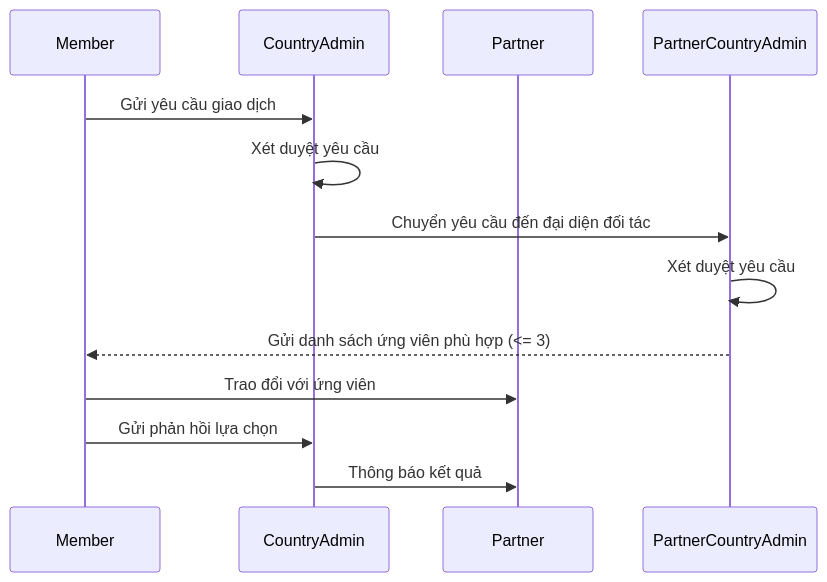
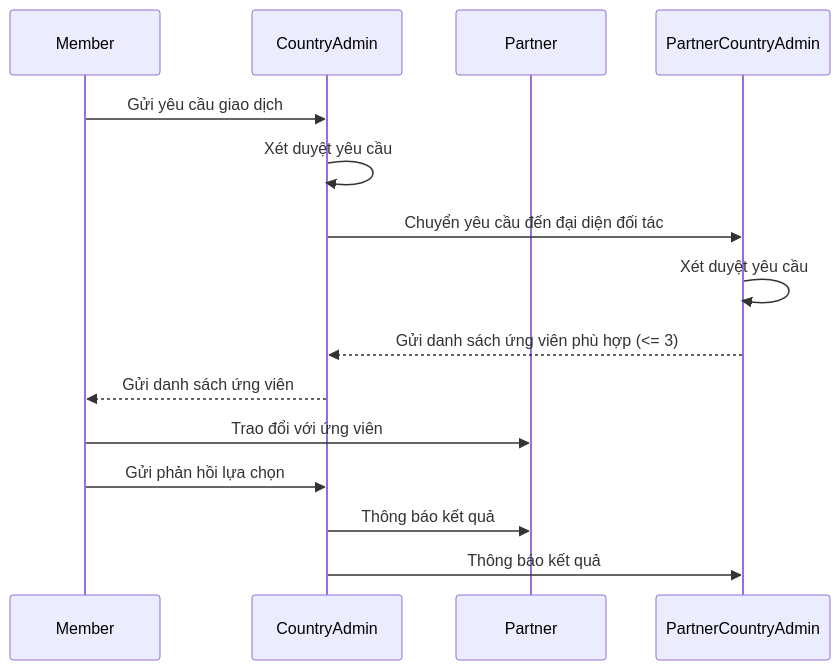
One commit to yopaz-tuanta/aloha-mermaid changed the diagram in negotiation_vn.mmd. Above: the diagram before and after it, drawn with Mermaid. The commit also changed 3 other files, not shown here.

Commit message:
update diagram

```diff
--- a/negotiation_vn.mmd
+++ b/negotiation_vn.mmd
@@ -1,15 +1,16 @@
 sequenceDiagram
     participant Member
     participant CountryAdmin
     participant Partner
     participant PartnerCountryAdmin
 
-
     Member->>CountryAdmin: Gửi yêu cầu giao dịch
     CountryAdmin->>CountryAdmin: Xét duyệt yêu cầu
     CountryAdmin->>PartnerCountryAdmin: Chuyển yêu cầu đến đại diện đối tác
     PartnerCountryAdmin->>PartnerCountryAdmin: Xét duyệt yêu cầu
-    PartnerCountryAdmin-->>Member: Gửi danh sách ứng viên phù hợp (<= 3)
+    PartnerCountryAdmin-->>CountryAdmin: Gửi danh sách ứng viên phù hợp (<= 3)
+    CountryAdmin-->>Member: Gửi danh sách ứng viên
     Member->>Partner: Trao đổi với ứng viên
     Member->>CountryAdmin: Gửi phản hồi lựa chọn
     CountryAdmin->>Partner: Thông báo kết quả
+    CountryAdmin->>PartnerCountryAdmin: Thông báo kết quả
```
